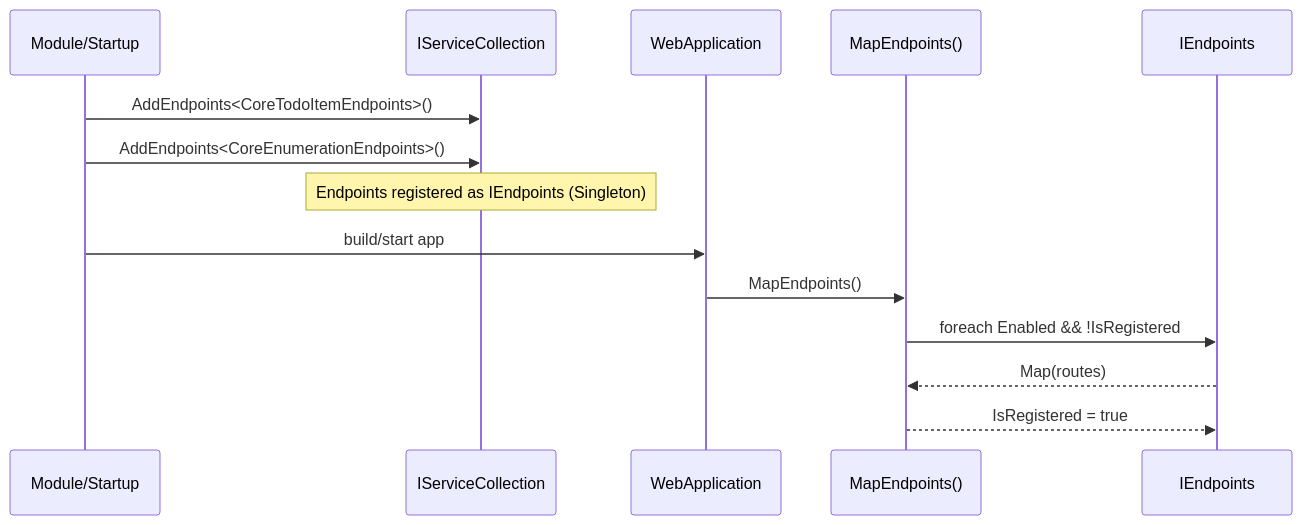
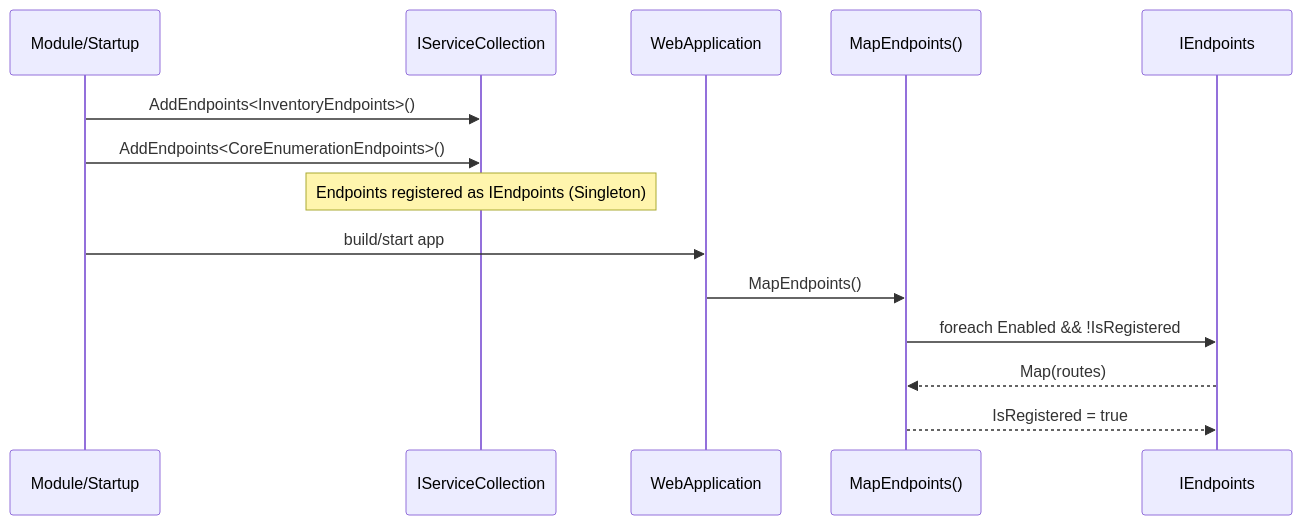
Before and after one commit to BridgingIT-GmbH/bITdevKit: the second of 2 diagrams in docs/features-presentation-endpoints.md, drawn with Mermaid. The commit also changed other lines of this file and 567 other files, not shown here.

````diff
--- a/docs/features-presentation-endpoints.md
+++ b/docs/features-presentation-endpoints.md
@@ -181,17 +181,17 @@
 ```mermaid
 sequenceDiagram
   participant Module as Module/Startup
   participant DI as IServiceCollection
   participant App as WebApplication
   participant Ext as MapEndpoints()
   participant Ep as IEndpoints
 
-  Module->>DI: AddEndpoints<CoreTodoItemEndpoints>()
+  Module->>DI: AddEndpoints<InventoryEndpoints>()
   Module->>DI: AddEndpoints<CoreEnumerationEndpoints>()
   Note over DI: Endpoints registered as IEndpoints (Singleton)
   Module->>App: build/start app
   App->>Ext: MapEndpoints()
   Ext->>Ep: foreach Enabled && !IsRegistered
   Ep-->>Ext: Map(routes)
   Ext-->>Ep: IsRegistered = true
 ```
````
